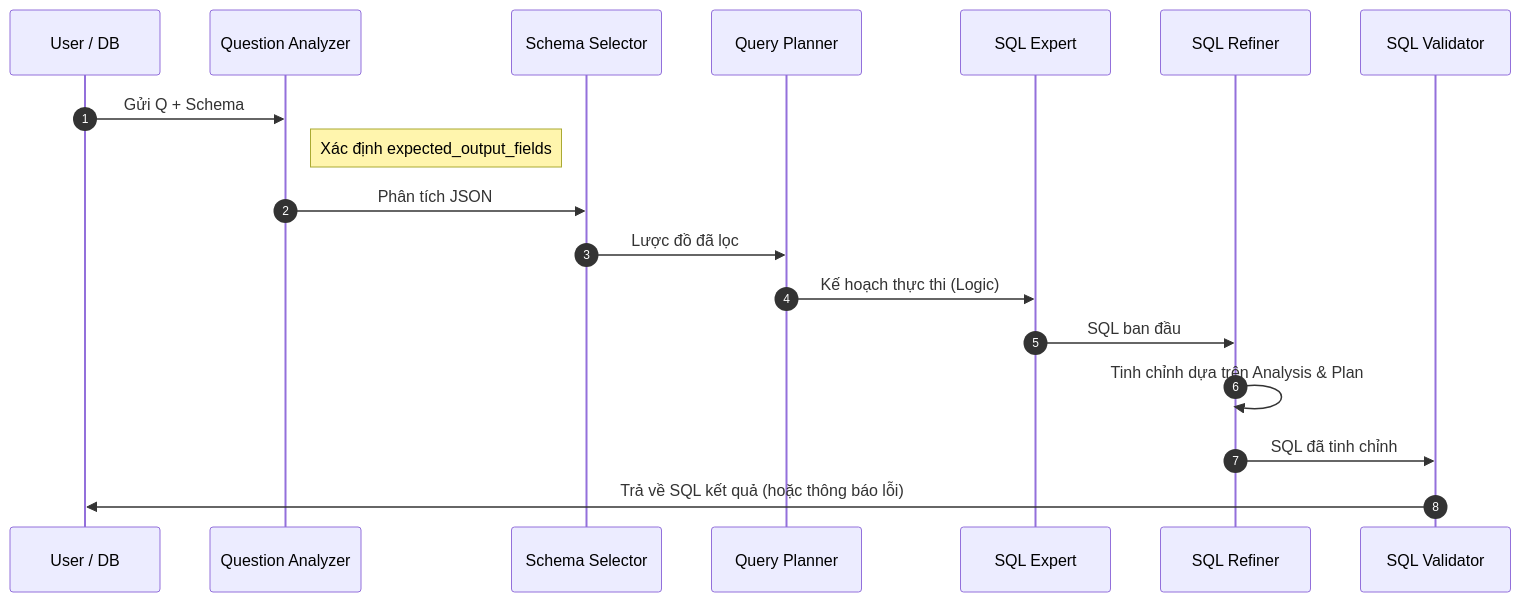
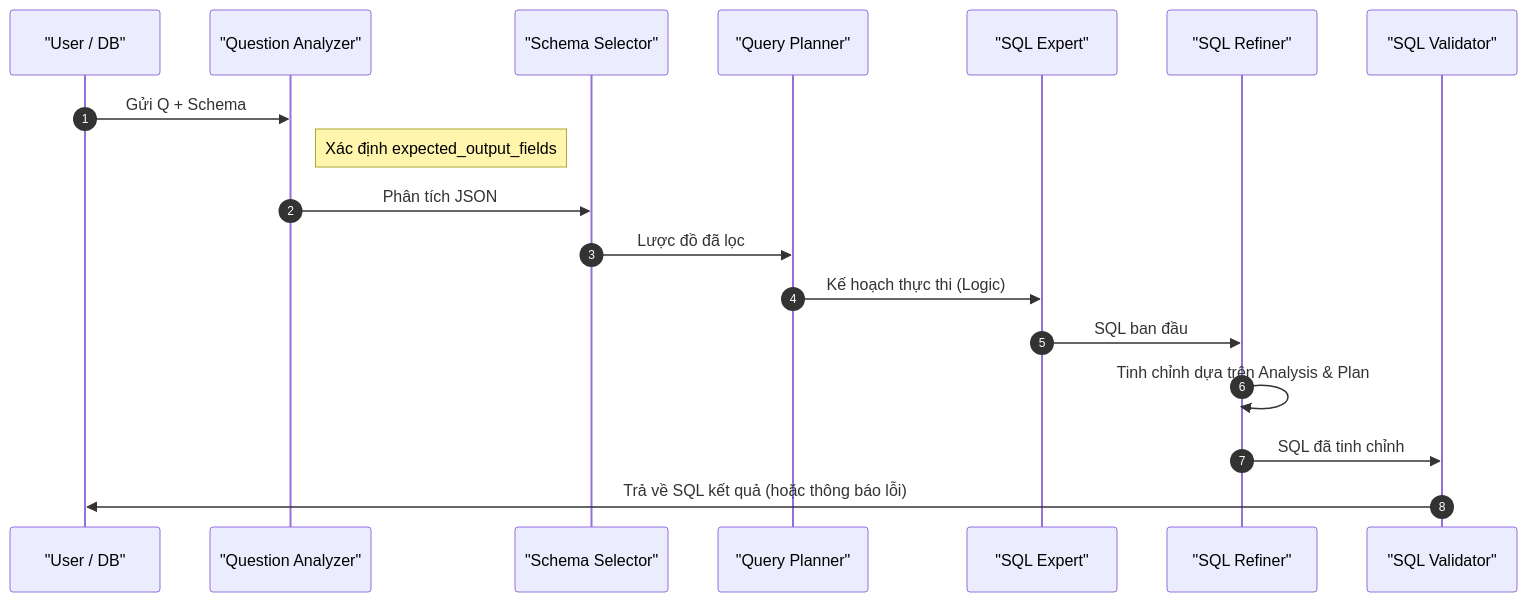
The second of 5 diagrams in complete_paper_combined_vi.md (thanhmiyata/luan-van-tot-nghiep), drawn with Mermaid before and after one commit. The commit also changed other lines of this file, not shown here.

Commit message:
update graph

````diff
--- a/complete_paper_combined_vi.md
+++ b/complete_paper_combined_vi.md
@@ -303,21 +303,21 @@
 ```mermaid
 sequenceDiagram
     autonumber
-    participant U as User / DB
-    participant QA as Question Analyzer
-    participant SS as Schema Selector
-    participant QP as Query Planner
-    participant SE as SQL Expert
-    participant SR as SQL Refiner
-    participant SV as SQL Validator
+    participant U as "User / DB"
+    participant QA as "Question Analyzer"
+    participant SS as "Schema Selector"
+    participant QP as "Query Planner"
+    participant SE as "SQL Expert"
+    participant SR as "SQL Refiner"
+    participant SV as "SQL Validator"
 
     U->>QA: Gửi Q + Schema
     Note right of QA: Xác định expected_output_fields
     QA->>SS: Phân tích JSON
     SS->>QP: Lược đồ đã lọc
     QP->>SE: Kế hoạch thực thi (Logic)
     SE->>SR: SQL ban đầu
     SR->>SR: Tinh chỉnh dựa trên Analysis & Plan
     SR->>SV: SQL đã tinh chỉnh
     SV->>U: Trả về SQL kết quả (hoặc thông báo lỗi)
 ```
````
